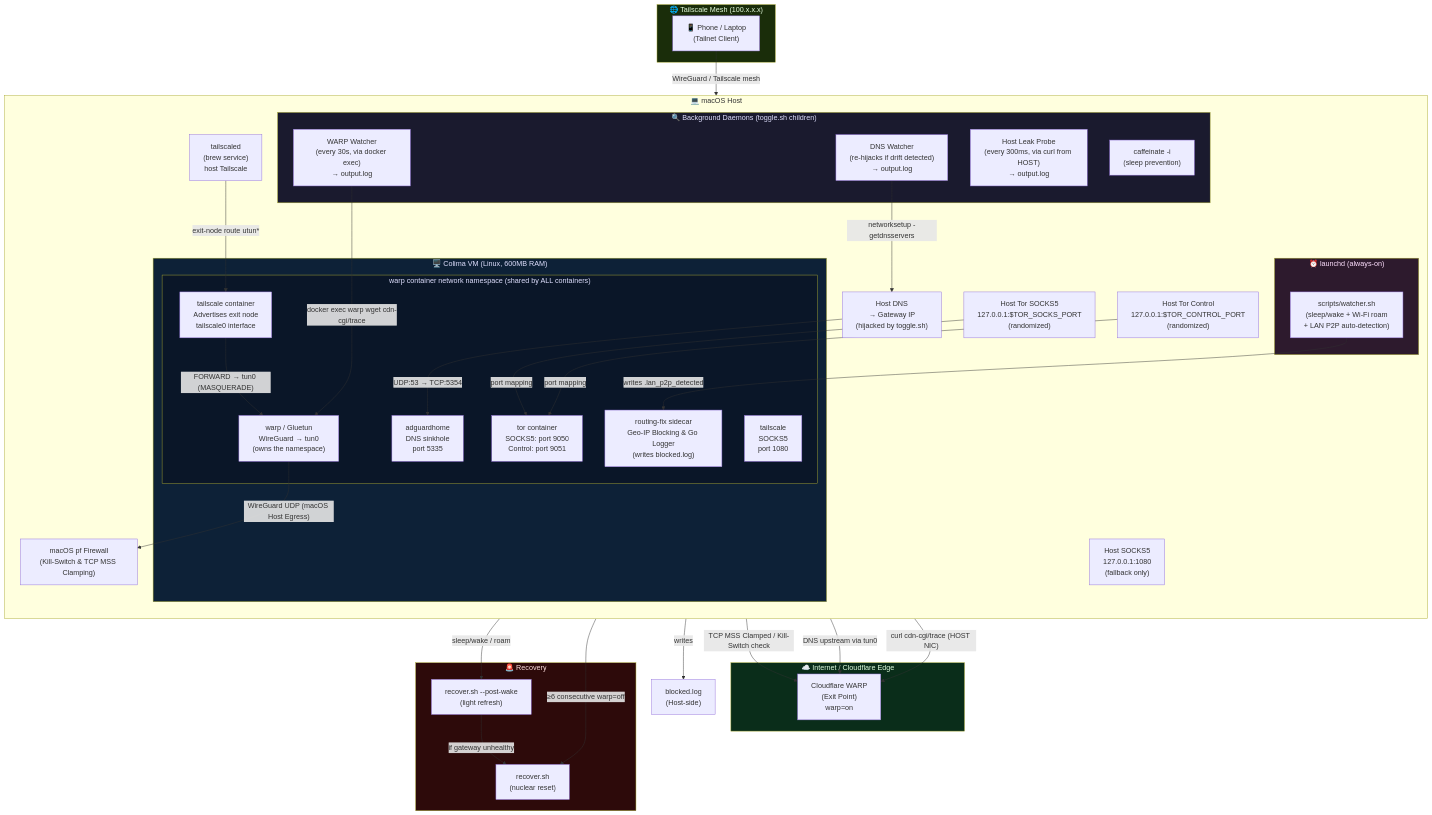
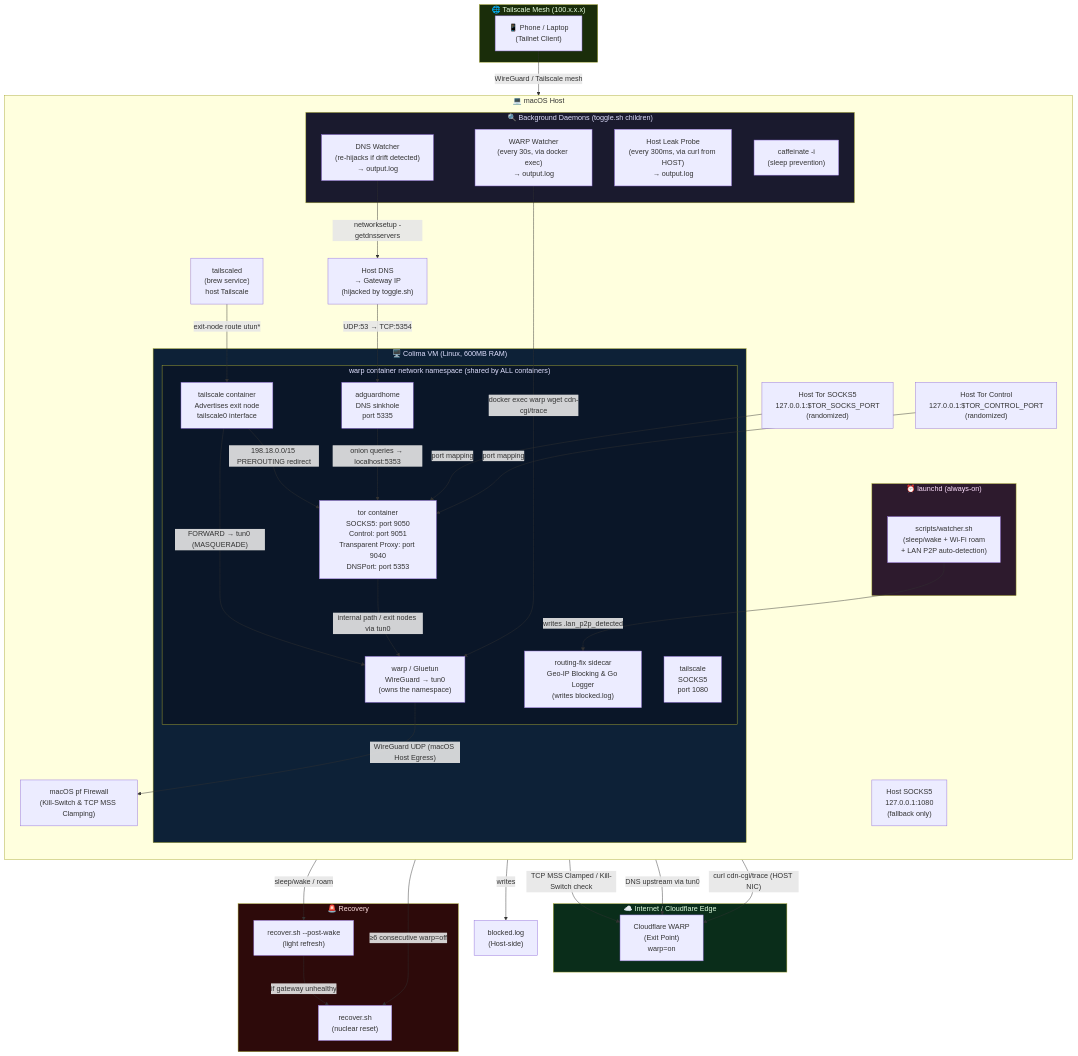
One commit to OmarAlaaeldein/nullexit changed the first of 7 diagrams in diagrams.md. Above: the diagram before and after it, drawn with Mermaid. The commit also changed 4 other files, not shown here.

Commit message:
Document transparent Tor onion routing in README, devref, agent, and diagrams

```diff
--- a/diagrams.md
+++ b/diagrams.md
@@ -37,7 +37,7 @@
                 SOCKS["tailscale\nSOCKS5\nport 1080"]
                 ADGUARD["adguardhome\nDNS sinkhole\nport 5335"]
                 ROUTINGFIX["routing-fix sidecar\nGeo-IP Blocking & Go Logger\n(writes blocked.log)"]
-                TOR["tor container\nSOCKS5: port 9050\nControl: port 9051"]
+                TOR["tor container\nSOCKS5: port 9050\nControl: port 9051\nTransparent Proxy: port 9040\nDNSPort: port 5353"]
             end
         end
 
@@ -57,10 +57,13 @@
     TS -->|"FORWARD → tun0 (MASQUERADE)"| GLUETUN
     GLUETUN -->|"WireGuard UDP (macOS Host Egress)"| PFFIREWALL
     PFFIREWALL -->|"TCP MSS Clamped / Kill-Switch check"| CF
+    TS -->|"198.18.0.0/15 PREROUTING redirect"| TOR
+    TOR -->|"internal path / exit nodes via tun0"| GLUETUN
 
     %% DNS
     HOSTDNS -->|"UDP:53 → TCP:5354"| ADGUARD
     ADGUARD -->|"DNS upstream via tun0"| CF
+    ADGUARD -->|"onion queries → localhost:5353"| TOR
 
     %% Monitoring
     WARPWATCH -->|"docker exec warp wget cdn-cgi/trace"| GLUETUN
```
